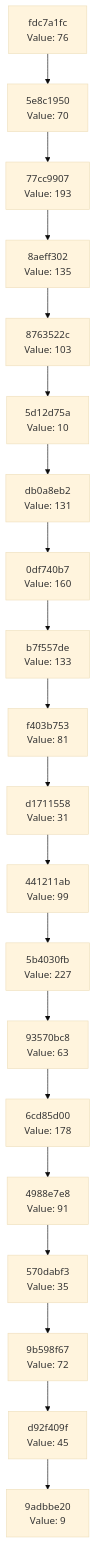
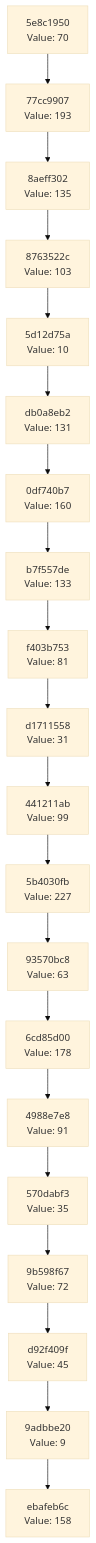
One commit to Abhisheksinha1506/hash-chain-evolver changed the diagram in docs/CHAIN_VISUALIZATION.md. Above: the diagram before and after it, drawn with Mermaid (base theme). The commit also changed 3 other files, not shown here.

````diff
--- a/docs/CHAIN_VISUALIZATION.md
+++ b/docs/CHAIN_VISUALIZATION.md
@@ -3,42 +3,42 @@
 ```mermaid
 graph TD
-    C0["9adbbe20<br/>Value: 9"]
-    C1["d92f409f<br/>Value: 45"]
+    C0["ebafeb6c<br/>Value: 158"]
+    C1["9adbbe20<br/>Value: 9"]
     C1 --> C0
-    C2["9b598f67<br/>Value: 72"]
+    C2["d92f409f<br/>Value: 45"]
     C2 --> C1
-    C3["570dabf3<br/>Value: 35"]
+    C3["9b598f67<br/>Value: 72"]
     C3 --> C2
-    C4["4988e7e8<br/>Value: 91"]
+    C4["570dabf3<br/>Value: 35"]
     C4 --> C3
-    C5["6cd85d00<br/>Value: 178"]
+    C5["4988e7e8<br/>Value: 91"]
     C5 --> C4
-    C6["93570bc8<br/>Value: 63"]
+    C6["6cd85d00<br/>Value: 178"]
     C6 --> C5
-    C7["5b4030fb<br/>Value: 227"]
+    C7["93570bc8<br/>Value: 63"]
     C7 --> C6
-    C8["441211ab<br/>Value: 99"]
+    C8["5b4030fb<br/>Value: 227"]
     C8 --> C7
-    C9["d1711558<br/>Value: 31"]
+    C9["441211ab<br/>Value: 99"]
     C9 --> C8
-    C10["f403b753<br/>Value: 81"]
+    C10["d1711558<br/>Value: 31"]
     C10 --> C9
-    C11["b7f557de<br/>Value: 133"]
+    C11["f403b753<br/>Value: 81"]
     C11 --> C10
-    C12["0df740b7<br/>Value: 160"]
+    C12["b7f557de<br/>Value: 133"]
     C12 --> C11
-    C13["db0a8eb2<br/>Value: 131"]
+    C13["0df740b7<br/>Value: 160"]
     C13 --> C12
-    C14["5d12d75a<br/>Value: 10"]
+    C14["db0a8eb2<br/>Value: 131"]
     C14 --> C13
-    C15["8763522c<br/>Value: 103"]
+    C15["5d12d75a<br/>Value: 10"]
     C15 --> C14
-    C16["8aeff302<br/>Value: 135"]
+    C16["8763522c<br/>Value: 103"]
     C16 --> C15
-    C17["77cc9907<br/>Value: 193"]
+    C17["8aeff302<br/>Value: 135"]
     C17 --> C16
-    C18["5e8c1950<br/>Value: 70"]
+    C18["77cc9907<br/>Value: 193"]
     C18 --> C17
-    C19["fdc7a1fc<br/>Value: 76"]
+    C19["5e8c1950<br/>Value: 70"]
     C19 --> C18
 ```
````
